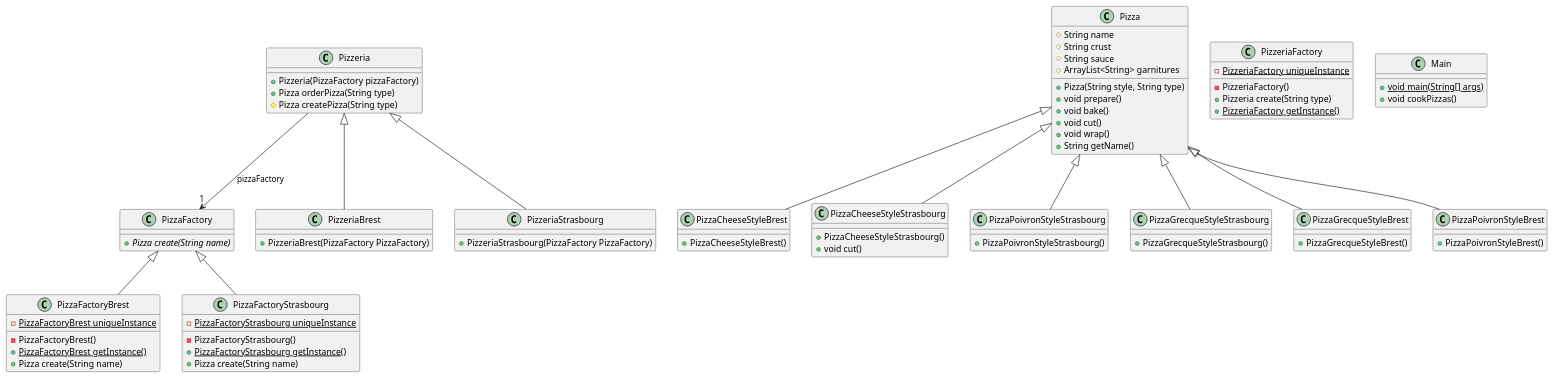
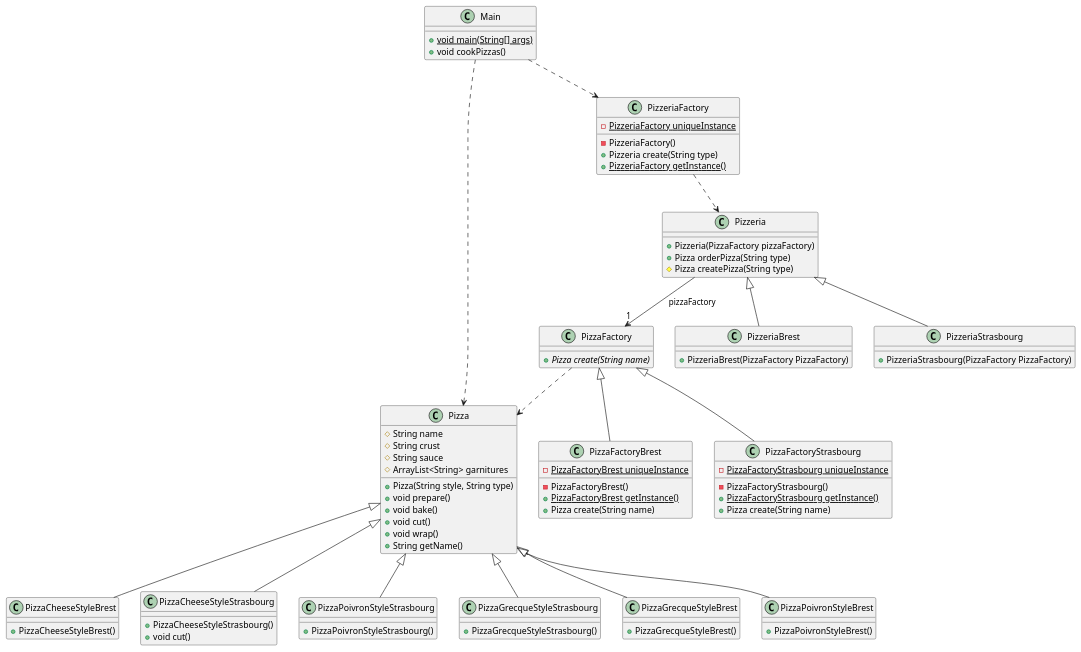
Before and after one commit to IUT-Blagnac/cpoa-tp3-EtienneChauvin: the diagram in doc/TP3.plantuml, drawn with PlantUML. The commit also changed 1 other file, not shown here.

```diff
--- a/doc/TP3.plantuml
+++ b/doc/TP3.plantuml
@@ -1,104 +1,109 @@
 @startuml
-'''Diagramme de classe généré sur Eclipse grâce au plugin PlantUml.
-
+''' Diagramme généré à partir des sources sur Eclipse grâce au plugin plantUml
 class PizzaFactoryBrest [[java:PizzaFactoryBrest]] {
 	-{static}PizzaFactoryBrest uniqueInstance
 	-PizzaFactoryBrest()
 	+{static}PizzaFactoryBrest getInstance()
 	+Pizza create(String name)
 }
 class PizzaFactory [[java:PizzaFactory]] {
 }
 PizzaFactory <|-- PizzaFactoryBrest
 abstract class Pizza [[java:Pizza]] {
 	#String name
 	#String crust
 	#String sauce
 	#ArrayList<String> garnitures
 	+Pizza(String style, String type)
 	+void prepare()
 	+void bake()
 	+void cut()
 	+void wrap()
 	+String getName()
 }
 class PizzeriaFactory [[java:PizzeriaFactory]] {
 	-{static}PizzeriaFactory uniqueInstance
 	-PizzeriaFactory()
 	+Pizzeria create(String type)
 	+{static}PizzeriaFactory getInstance()
 }
 abstract class PizzaFactory [[java:PizzaFactory]] {
 	+{abstract}Pizza create(String name)
 }
 abstract class Pizzeria [[java:Pizzeria]] {
 	+Pizzeria(PizzaFactory pizzaFactory)
 	+Pizza orderPizza(String type)
 	#Pizza createPizza(String type)
 }
 class PizzaFactory [[java:PizzaFactory]] {
 }
 Pizzeria --> "1" PizzaFactory : pizzaFactory
 class PizzaFactoryStrasbourg [[java:PizzaFactoryStrasbourg]] {
 	-{static}PizzaFactoryStrasbourg uniqueInstance
 	-PizzaFactoryStrasbourg()
 	+{static}PizzaFactoryStrasbourg getInstance()
 	+Pizza create(String name)
 }
 class PizzaFactory [[java:PizzaFactory]] {
 }
 PizzaFactory <|-- PizzaFactoryStrasbourg
 class PizzeriaBrest [[java:PizzeriaBrest]] {
 	+PizzeriaBrest(PizzaFactory PizzaFactory)
 }
 class Pizzeria [[java:Pizzeria]] {
 }
 Pizzeria <|-- PizzeriaBrest
 class PizzeriaStrasbourg [[java:PizzeriaStrasbourg]] {
 	+PizzeriaStrasbourg(PizzaFactory PizzaFactory)
 }
 class Pizzeria [[java:Pizzeria]] {
 }
 Pizzeria <|-- PizzeriaStrasbourg
 class Main [[java:Main]] {
 	+{static}void main(String[] args)
 	+void cookPizzas()
 }
 class PizzaCheeseStyleBrest [[java:PizzaCheeseStyleBrest]] {
 	+PizzaCheeseStyleBrest()
 }
 class Pizza [[java:Pizza]] {
 }
 Pizza <|-- PizzaCheeseStyleBrest
 class PizzaCheeseStyleStrasbourg [[java:PizzaCheeseStyleStrasbourg]] {
 	+PizzaCheeseStyleStrasbourg()
 	+void cut()
 }
 class Pizza [[java:Pizza]] {
 }
 Pizza <|-- PizzaCheeseStyleStrasbourg
 class PizzaPoivronStyleStrasbourg [[java:PizzaPoivronStyleStrasbourg]] {
 	+PizzaPoivronStyleStrasbourg()
 }
 class Pizza [[java:Pizza]] {
 }
 Pizza <|-- PizzaPoivronStyleStrasbourg
 class PizzaGrecqueStyleStrasbourg [[java:PizzaGrecqueStyleStrasbourg]] {
 	+PizzaGrecqueStyleStrasbourg()
 }
 class Pizza [[java:Pizza]] {
 }
 Pizza <|-- PizzaGrecqueStyleStrasbourg
 class PizzaGrecqueStyleBrest [[java:PizzaGrecqueStyleBrest]] {
 	+PizzaGrecqueStyleBrest()
 }
 class Pizza [[java:Pizza]] {
 }
 Pizza <|-- PizzaGrecqueStyleBrest
 class PizzaPoivronStyleBrest [[java:PizzaPoivronStyleBrest]] {
 	+PizzaPoivronStyleBrest()
 }
 class Pizza [[java:Pizza]] {
 }
 Pizza <|-- PizzaPoivronStyleBrest
+
+''' Relations de dépendance ajoutées à la main car non générées avec le plugin plantUml sur Eclipse
+Main ..> Pizza
+Main ..> PizzeriaFactory
+PizzeriaFactory ..> Pizzeria
+PizzaFactory ..> Pizza
 @enduml
```
